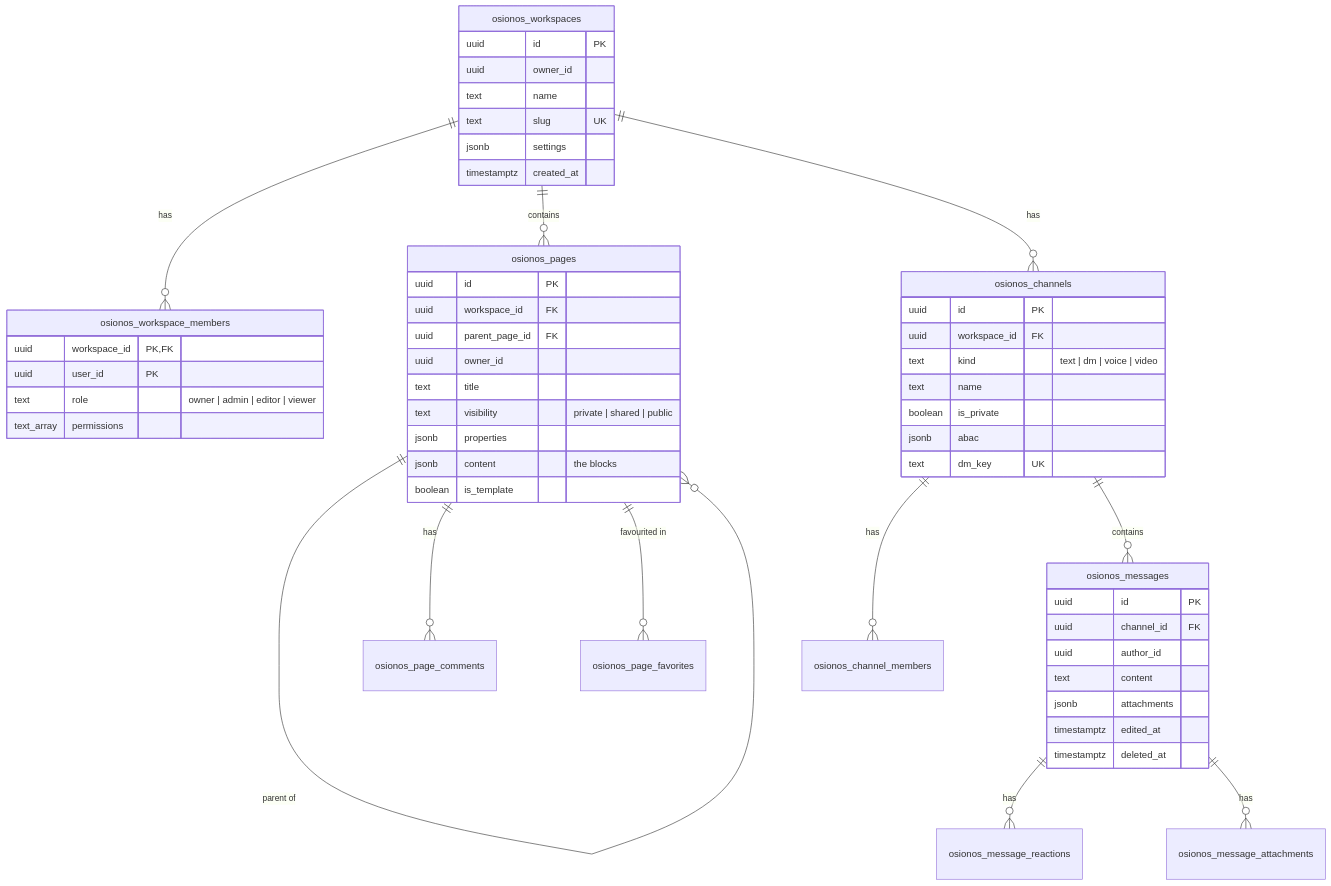
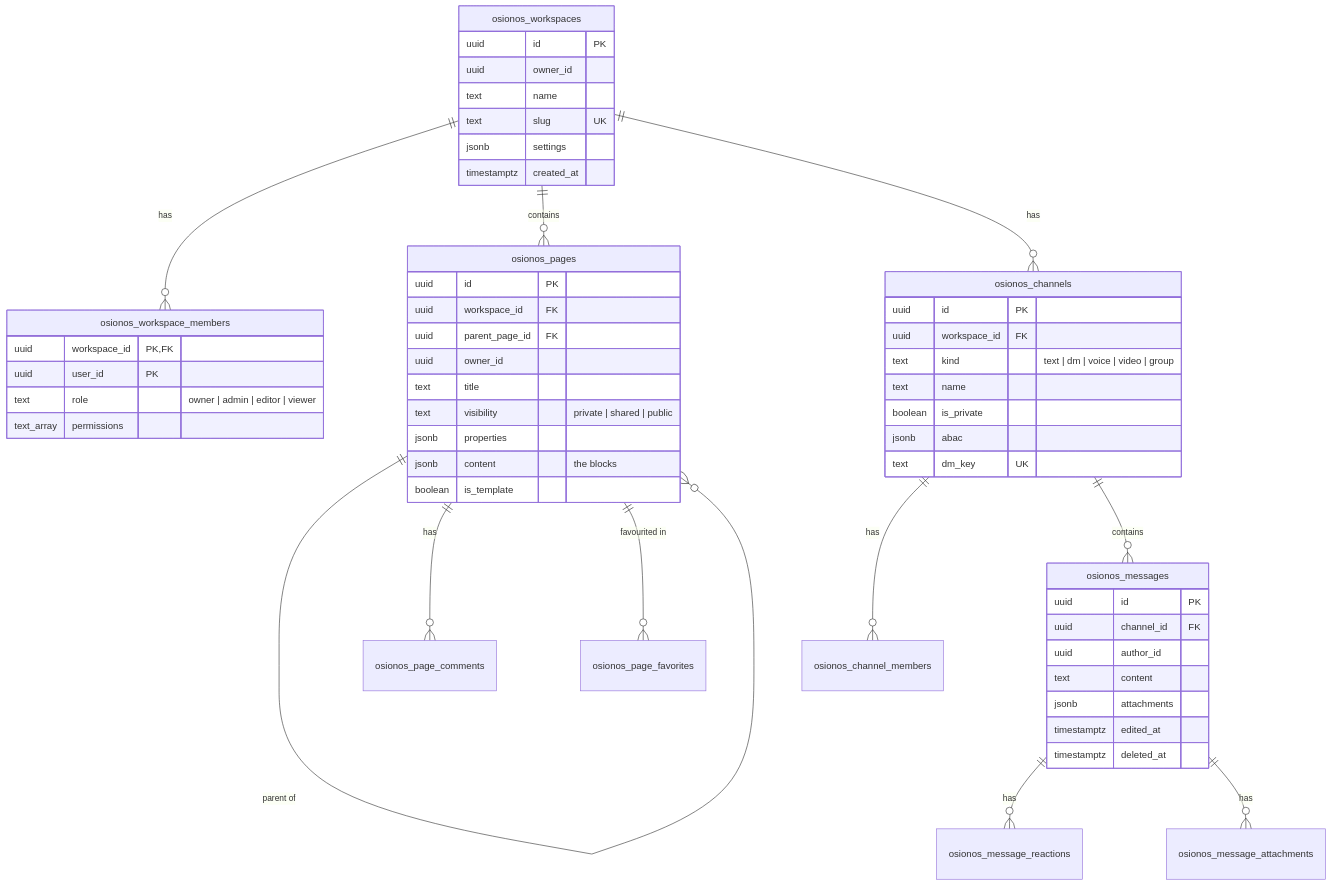
Before and after one commit to Univers42/groot: the diagram in README.md, drawn with Mermaid. The commit also changed other lines of this file, not shown here.

````diff
--- a/README.md
+++ b/README.md
@@ -501,57 +508,57 @@
 ```mermaid
 erDiagram
     osionos_workspaces ||--o{ osionos_workspace_members : "has"
     osionos_workspaces ||--o{ osionos_pages : "contains"
     osionos_pages ||--o{ osionos_pages : "parent of"
     osionos_pages ||--o{ osionos_page_comments : "has"
     osionos_pages ||--o{ osionos_page_favorites : "favourited in"
     osionos_workspaces ||--o{ osionos_channels : "has"
     osionos_channels ||--o{ osionos_channel_members : "has"
     osionos_channels ||--o{ osionos_messages : "contains"
     osionos_messages ||--o{ osionos_message_reactions : "has"
     osionos_messages ||--o{ osionos_message_attachments : "has"
 
     osionos_workspaces {
         uuid id PK
         uuid owner_id
         text name
         text slug UK
         jsonb settings
         timestamptz created_at
     }
     osionos_workspace_members {
         uuid workspace_id PK,FK
         uuid user_id PK
         text role "owner | admin | editor | viewer"
         text_array permissions
     }
     osionos_pages {
         uuid id PK
         uuid workspace_id FK
         uuid parent_page_id FK
         uuid owner_id
         text title
         text visibility "private | shared | public"
         jsonb properties
         jsonb content "the blocks"
         boolean is_template
     }
     osionos_channels {
         uuid id PK
         uuid workspace_id FK
-        text kind "text | dm | voice | video"
+        text kind "text | dm | voice | video | group"
         text name
         boolean is_private
         jsonb abac
         text dm_key UK
     }
     osionos_messages {
         uuid id PK
         uuid channel_id FK
         uuid author_id
         text content
         jsonb attachments
         timestamptz edited_at
         timestamptz deleted_at
     }
 ```
````
